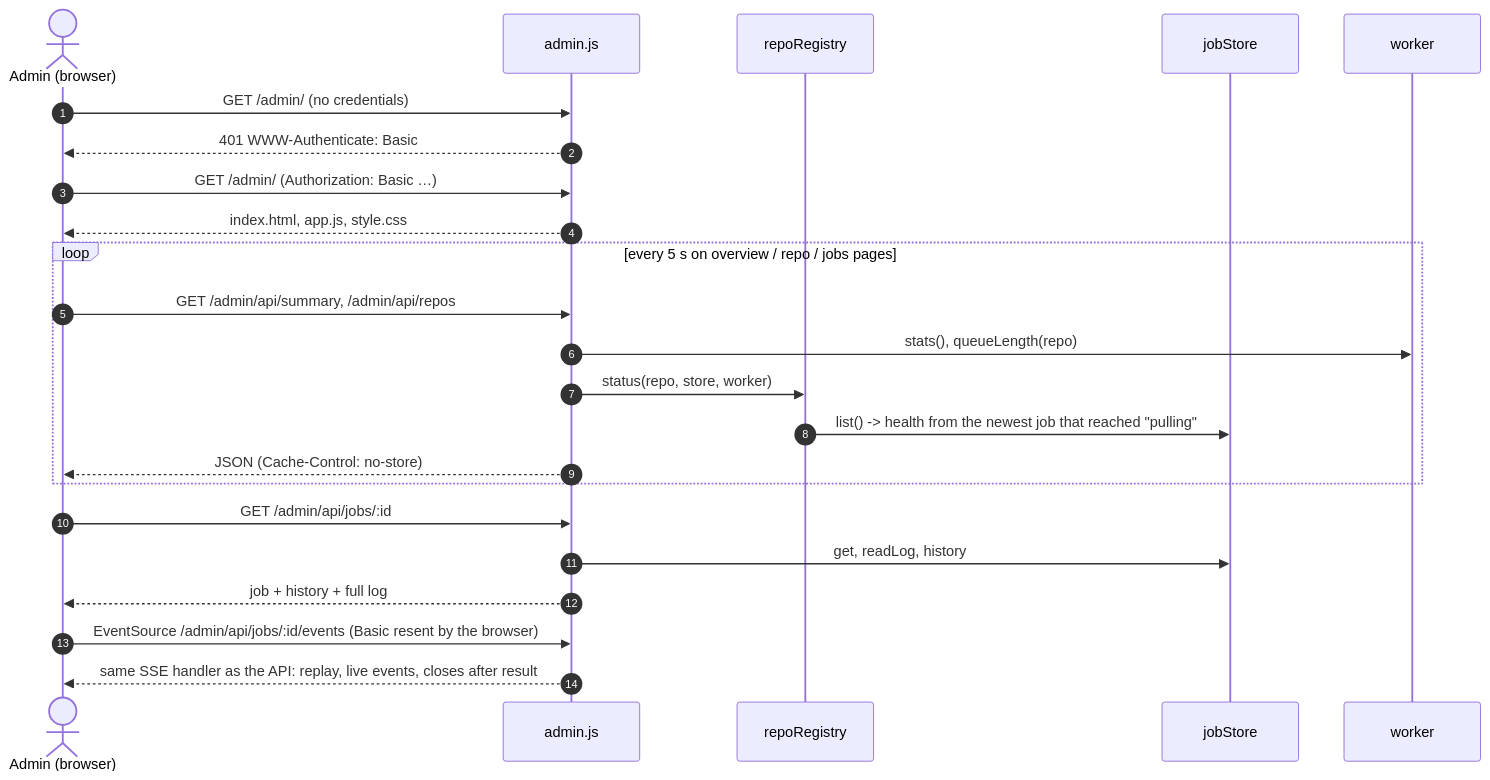
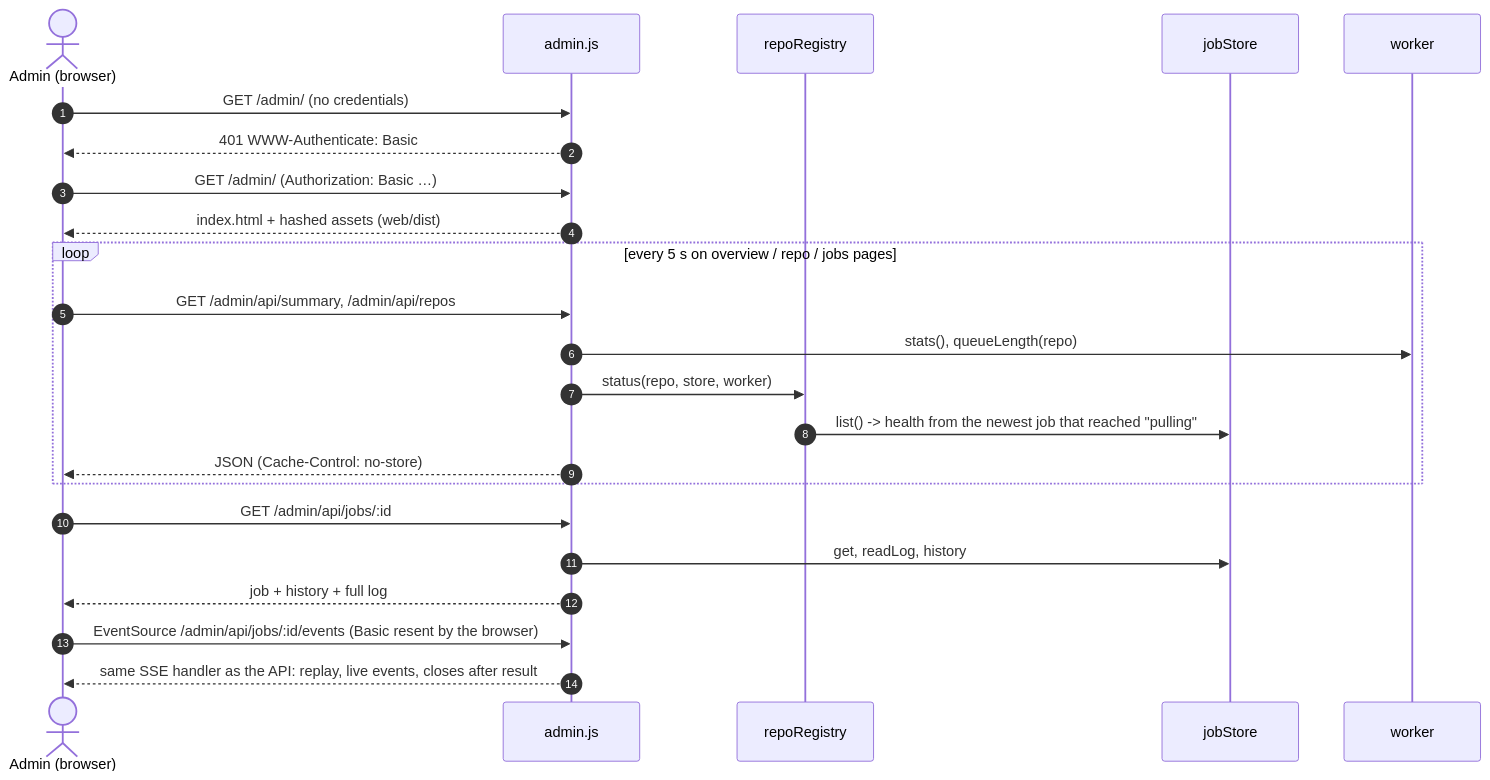
The sixth of 6 diagrams in docs/architecture/diagram/sequence-diagram.md (buitahau/cloud-agent), drawn with Mermaid before and after one commit. The commit also changed 38 other files, not shown here.

````diff
--- a/docs/architecture/diagram/sequence-diagram.md
+++ b/docs/architecture/diagram/sequence-diagram.md
@@ -172,28 +172,28 @@
 ```mermaid
 sequenceDiagram
     autonumber
     actor A as Admin (browser)
     participant AD as admin.js
     participant RG as repoRegistry
     participant ST as jobStore
     participant W as worker
 
     A->>AD: GET /admin/ (no credentials)
     AD-->>A: 401 WWW-Authenticate: Basic
     A->>AD: GET /admin/ (Authorization: Basic …)
-    AD-->>A: index.html, app.js, style.css
+    AD-->>A: index.html + hashed assets (web/dist)
 
     loop every 5 s on overview / repo / jobs pages
         A->>AD: GET /admin/api/summary, /admin/api/repos
         AD->>W: stats(), queueLength(repo)
         AD->>RG: status(repo, store, worker)
         RG->>ST: list() -> health from the newest job that reached "pulling"
         AD-->>A: JSON (Cache-Control: no-store)
     end
 
     A->>AD: GET /admin/api/jobs/:id
     AD->>ST: get, readLog, history
     AD-->>A: job + history + full log
     A->>AD: EventSource /admin/api/jobs/:id/events (Basic resent by the browser)
     AD-->>A: same SSE handler as the API: replay, live events, closes after result
 ```
````
